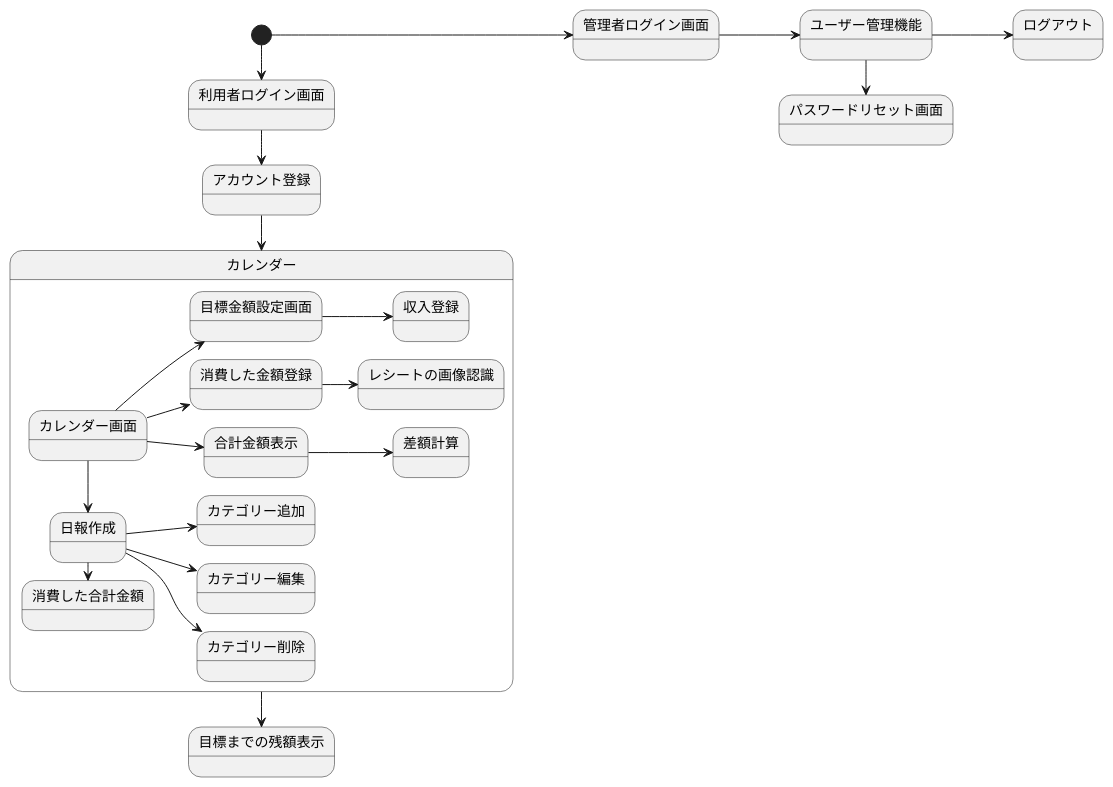
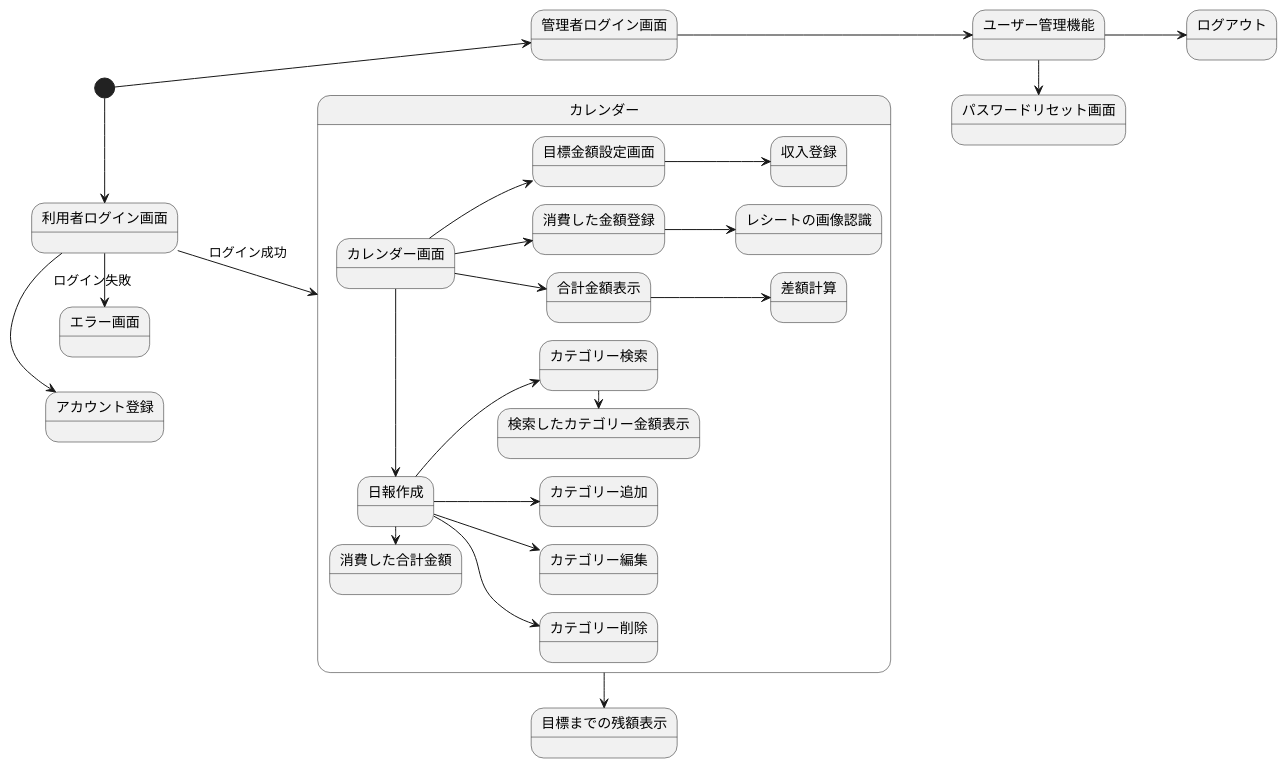
The diagram in Screen_transition_diagram.pu (masakan590/uml-introduction), drawn with PlantUML before and after one commit.

Commit message:
追加

```diff
--- a/Screen_transition_diagram.pu
+++ b/Screen_transition_diagram.pu
@@ -1,29 +1,33 @@
-@startuml
+@startuml 画面遷移図
 left to right direction
 [*] -> 利用者ログイン画面
 [*] --> 管理者ログイン画面
 
-利用者ログイン画面 -> アカウント登録
+利用者ログイン画面 -> アカウント登録 
 管理者ログイン画面 --> ユーザー管理機能
 
 ユーザー管理機能 -> パスワードリセット画面
 ユーザー管理機能 --> ログアウト
 
-アカウント登録 -> カレンダー
+利用者ログイン画面 -> エラー画面 :ログイン失敗
+
+利用者ログイン画面 --> カレンダー :ログイン成功
 
 state カレンダー {
     カレンダー画面 --> 目標金額設定画面
     カレンダー画面 -> 日報作成
     カレンダー画面 --> 消費した金額登録
     目標金額設定画面 --> 収入登録
     日報作成 --> カテゴリー追加
     日報作成 --> カテゴリー編集
     日報作成 --> カテゴリー削除
+    日報作成 --> カテゴリー検索
+    カテゴリー検索 -> 検索したカテゴリー金額表示
     消費した金額登録 --> レシートの画像認識
     日報作成 -> 消費した合計金額
     カレンダー画面 --> 合計金額表示
     合計金額表示 --> 差額計算
 
 }
 カレンダー -> 目標までの残額表示
 @enduml
```
